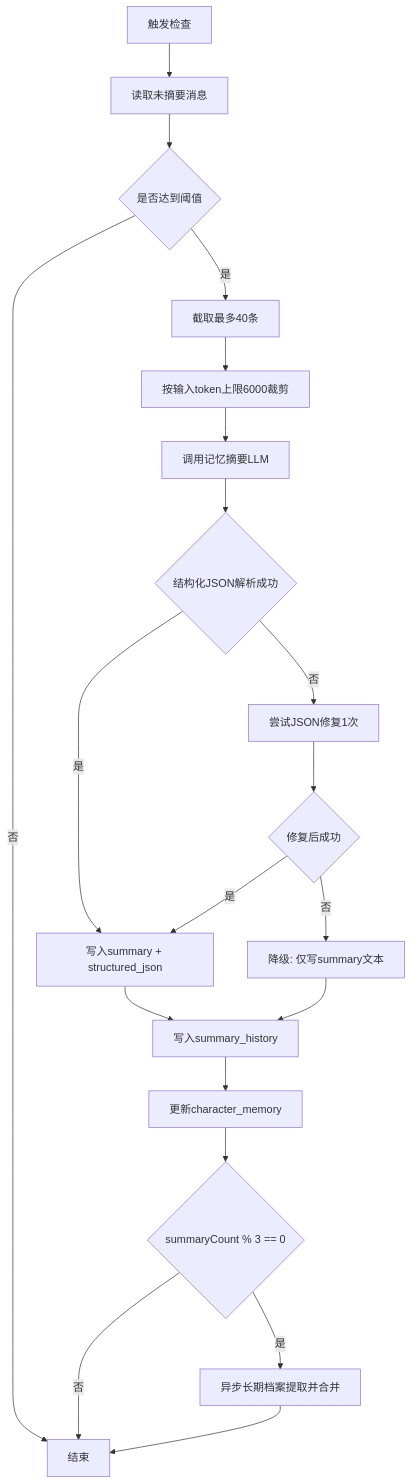
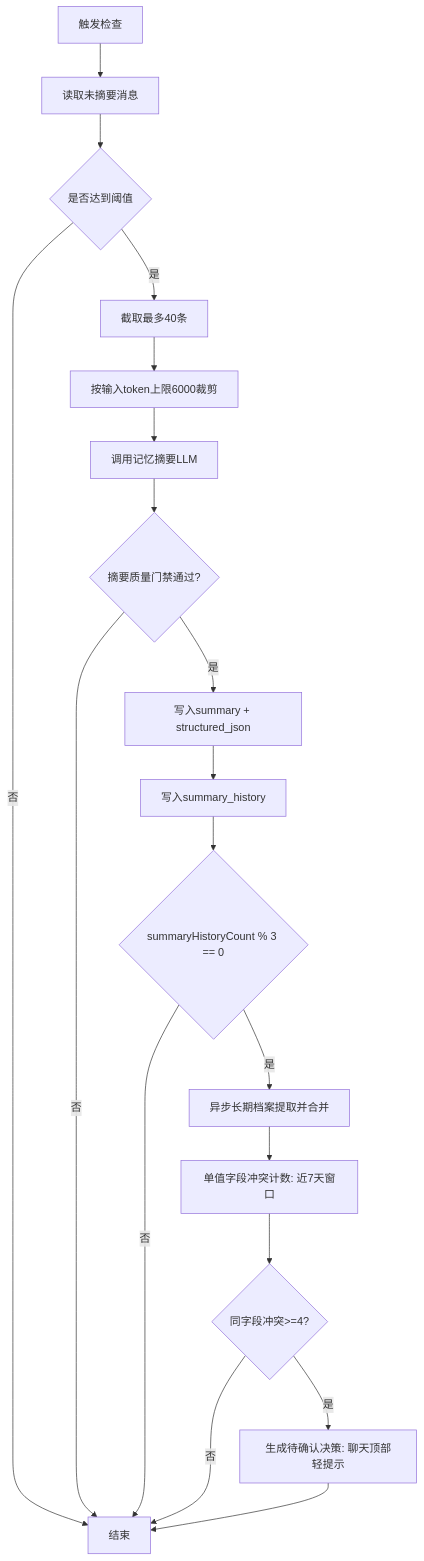
One commit to mn5449551-dot/muyu-desktop changed the second of 2 diagrams in 记忆/梳理/用户对话全路径与编辑处理流程.md. Above: the diagram before and after it, drawn with Mermaid. The commit also changed other lines of this file and 20 other files, not shown here.

Commit message:
feat: simplify memory UX and runtime service flows

````diff
--- a/记忆/梳理/用户对话全路径与编辑处理流程.md
+++ b/记忆/梳理/用户对话全路径与编辑处理流程.md
@@ -54,22 +59,21 @@
 ```mermaid
 flowchart TD
   A[触发检查] --> B[读取未摘要消息]
   B --> C{是否达到阈值}
   C -->|否| Z[结束]
   C -->|是| D[截取最多40条]
   D --> E[按输入token上限6000裁剪]
   E --> F[调用记忆摘要LLM]
-  F --> G{结构化JSON解析成功}
+  F --> G{摘要质量门禁通过?}
+  G -->|否| Z
   G -->|是| H[写入summary + structured_json]
-  G -->|否| G1[尝试JSON修复1次]
-  G1 --> G2{修复后成功}
-  G2 -->|是| H
-  G2 -->|否| H1[降级: 仅写summary文本]
-  H1 --> I
   H --> I[写入summary_history]
-  I --> J[更新character_memory]
-  J --> K{summaryCount % 3 == 0}
+  I --> K{summaryHistoryCount % 3 == 0}
   K -->|否| Z
   K -->|是| L[异步长期档案提取并合并]
-  L --> Z
+  L --> M[单值字段冲突计数: 近7天窗口]
+  M --> N{同字段冲突>=4?}
+  N -->|否| Z
+  N -->|是| O[生成待确认决策: 聊天顶部轻提示]
+  O --> Z
 ```
````
